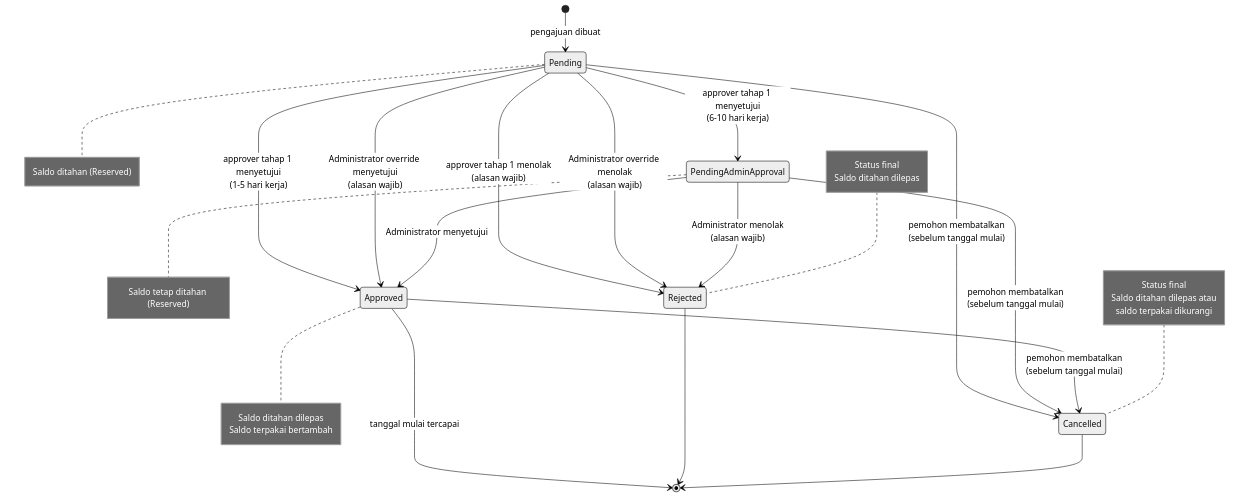
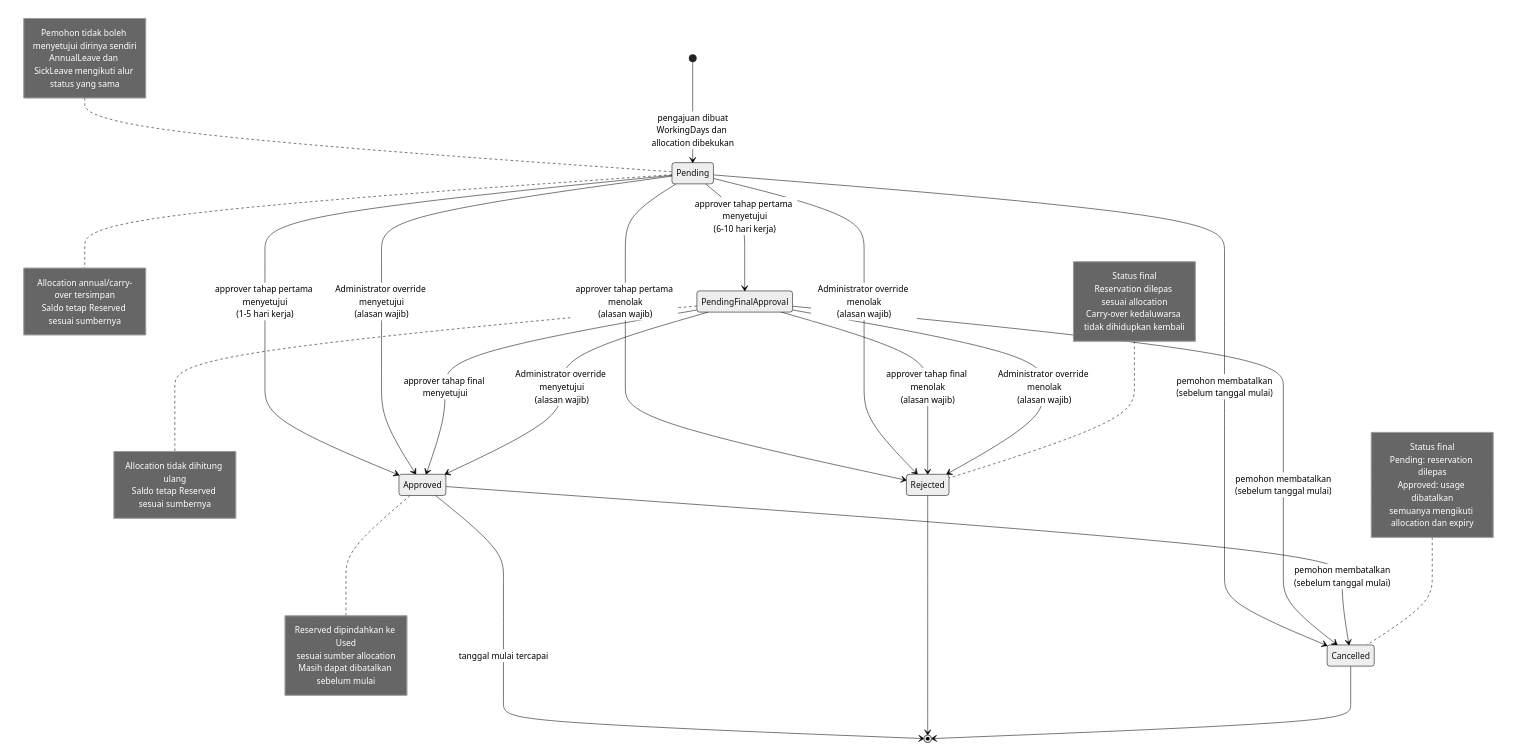
One commit to malllvinnn/leave-management changed the diagram in docs/diagrams/state-machine.mermaid. Above: the diagram before and after it, drawn with Mermaid (neutral theme).

Commit message:
doc(diagram): sync leave request state machine with revised rules

```diff
--- a/docs/diagrams/state-machine.mermaid
+++ b/docs/diagrams/state-machine.mermaid
@@ -1,43 +1,55 @@
 stateDiagram-v2
-    [*] --> Pending: pengajuan dibuat
+    [*] --> Pending: pengajuan dibuat<br/>WorkingDays dan allocation dibekukan
 
-    Pending --> Approved: approver tahap 1 menyetujui<br/>(1-5 hari kerja)
-    Pending --> PendingAdminApproval: approver tahap 1 menyetujui<br/>(6-10 hari kerja)
-    Pending --> Rejected: approver tahap 1 menolak<br/>(alasan wajib)
+    Pending --> Approved: approver tahap pertama menyetujui<br/>(1-5 hari kerja)
+    Pending --> PendingFinalApproval: approver tahap pertama menyetujui<br/>(6-10 hari kerja)
+    Pending --> Rejected: approver tahap pertama menolak<br/>(alasan wajib)
     Pending --> Approved: Administrator override menyetujui<br/>(alasan wajib)
     Pending --> Rejected: Administrator override menolak<br/>(alasan wajib)
     Pending --> Cancelled: pemohon membatalkan<br/>(sebelum tanggal mulai)
 
-    PendingAdminApproval --> Approved: Administrator menyetujui
-    PendingAdminApproval --> Rejected: Administrator menolak<br/>(alasan wajib)
-    PendingAdminApproval --> Cancelled: pemohon membatalkan<br/>(sebelum tanggal mulai)
+    PendingFinalApproval --> Approved: approver tahap final menyetujui
+    PendingFinalApproval --> Rejected: approver tahap final menolak<br/>(alasan wajib)
+    PendingFinalApproval --> Approved: Administrator override menyetujui<br/>(alasan wajib)
+    PendingFinalApproval --> Rejected: Administrator override menolak<br/>(alasan wajib)
+    PendingFinalApproval --> Cancelled: pemohon membatalkan<br/>(sebelum tanggal mulai)
 
     Approved --> Cancelled: pemohon membatalkan<br/>(sebelum tanggal mulai)
     Approved --> [*]: tanggal mulai tercapai
 
     Rejected --> [*]
     Cancelled --> [*]
 
     note right of Pending
-        Saldo ditahan (Reserved)
+        Allocation annual/carry-over tersimpan
+        Saldo tetap Reserved sesuai sumbernya
     end note
 
-    note right of PendingAdminApproval
-        Saldo tetap ditahan (Reserved)
+    note right of PendingFinalApproval
+        Allocation tidak dihitung ulang
+        Saldo tetap Reserved sesuai sumbernya
     end note
 
     note right of Approved
-        Saldo ditahan dilepas
-        Saldo terpakai bertambah
+        Reserved dipindahkan ke Used
+        sesuai sumber allocation
+        Masih dapat dibatalkan sebelum mulai
     end note
 
     note left of Rejected
         Status final
-        Saldo ditahan dilepas
+        Reservation dilepas sesuai allocation
+        Carry-over kedaluwarsa tidak dihidupkan kembali
     end note
 
     note left of Cancelled
         Status final
-        Saldo ditahan dilepas atau
-        saldo terpakai dikurangi
+        Pending: reservation dilepas
+        Approved: usage dibatalkan
+        semuanya mengikuti allocation dan expiry
     end note
+
+    note left of Pending
+        Pemohon tidak boleh menyetujui dirinya sendiri
+        AnnualLeave dan SickLeave mengikuti alur status yang sama
+    end note
```
